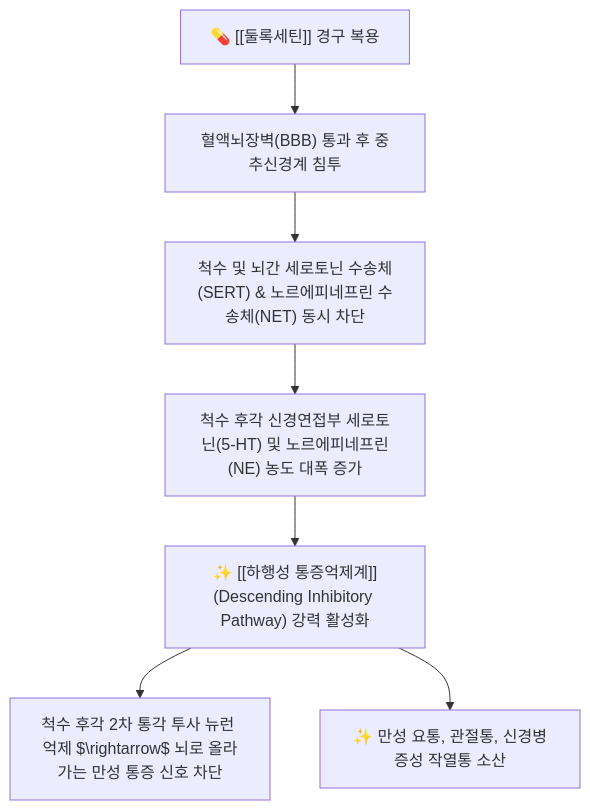
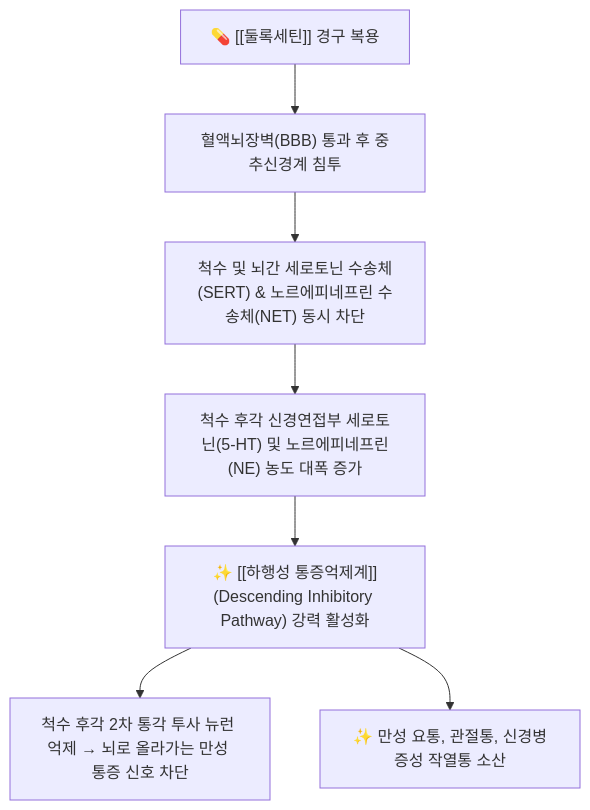
The diagram in content/2. 약리 공부/의약품/01_근골격·진통소염제/둘록세틴.md (simbio11/simbio-digital-garden2), drawn with Mermaid before and after one commit. The commit also changed other lines of this file and 35 other files, not shown here.

````diff
--- a/content/2. 약리 공부/의약품/01_근골격·진통소염제/둘록세틴.md
+++ b/content/2. 약리 공부/의약품/01_근골격·진통소염제/둘록세틴.md
@@ -79,11 +67,11 @@
 ```mermaid
 graph TD
     Duloxetine["💊 [[둘록세틴]] 경구 복용"] --> BBB["혈액뇌장벽(BBB) 통과 후 중추신경계 침투"]
     BBB --> SERTNET["척수 및 뇌간 세로토닌 수송체(SERT) & 노르에피네프린 수송체(NET) 동시 차단"]
 
     SERTNET --> SynapticMonoamine["척수 후각 신경연접부 세로토닌(5-HT) 및 노르에피네프린(NE) 농도 대폭 증가"]
     SynapticMonoamine --> DescendingInhibit["✨ [[하행성 통증억제계]](Descending Inhibitory Pathway) 강력 활성화"]
 
-    DescendingInhibit --> BlockAscending["척수 후각 2차 통각 투사 뉴런 억제 $\rightarrow$ 뇌로 올라가는 만성 통증 신호 차단"]
+    DescendingInhibit --> BlockAscending["척수 후각 2차 통각 투사 뉴런 억제 → 뇌로 올라가는 만성 통증 신호 차단"]
     DescendingInhibit --> RelieveSomatic["✨ 만성 요통, 관절통, 신경병증성 작열통 소산"]
 ```
````
